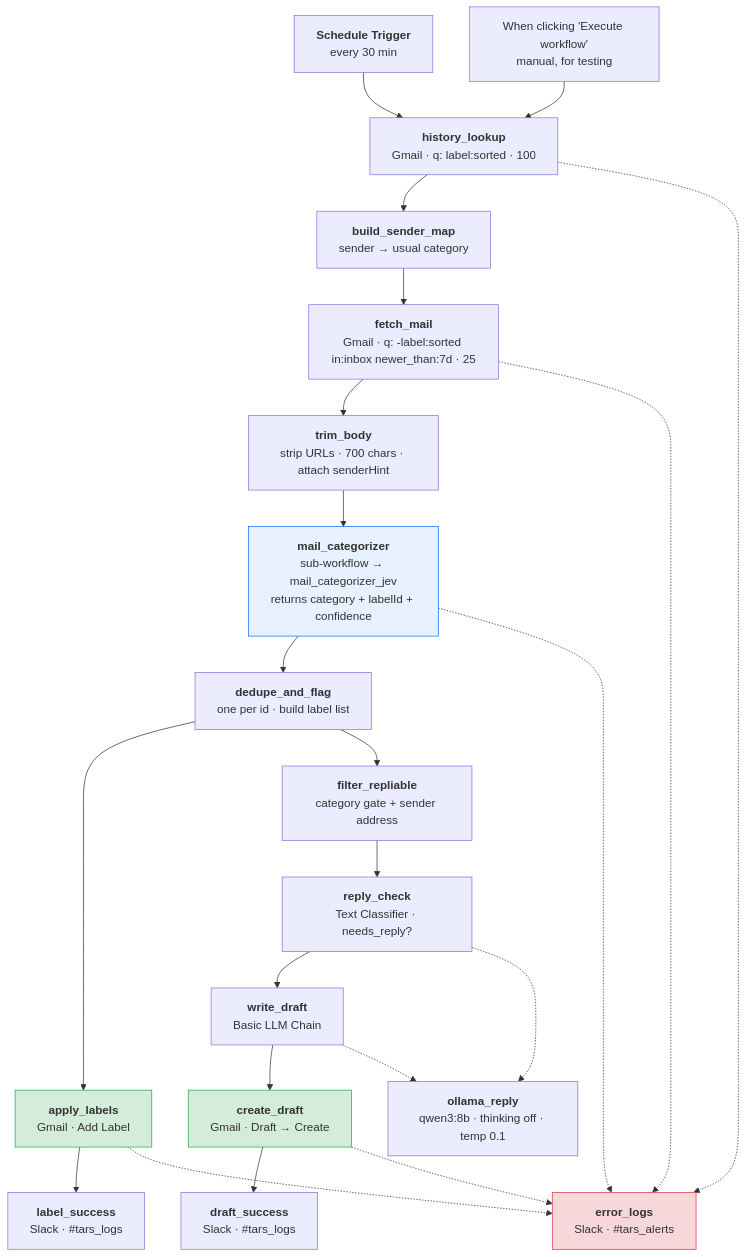
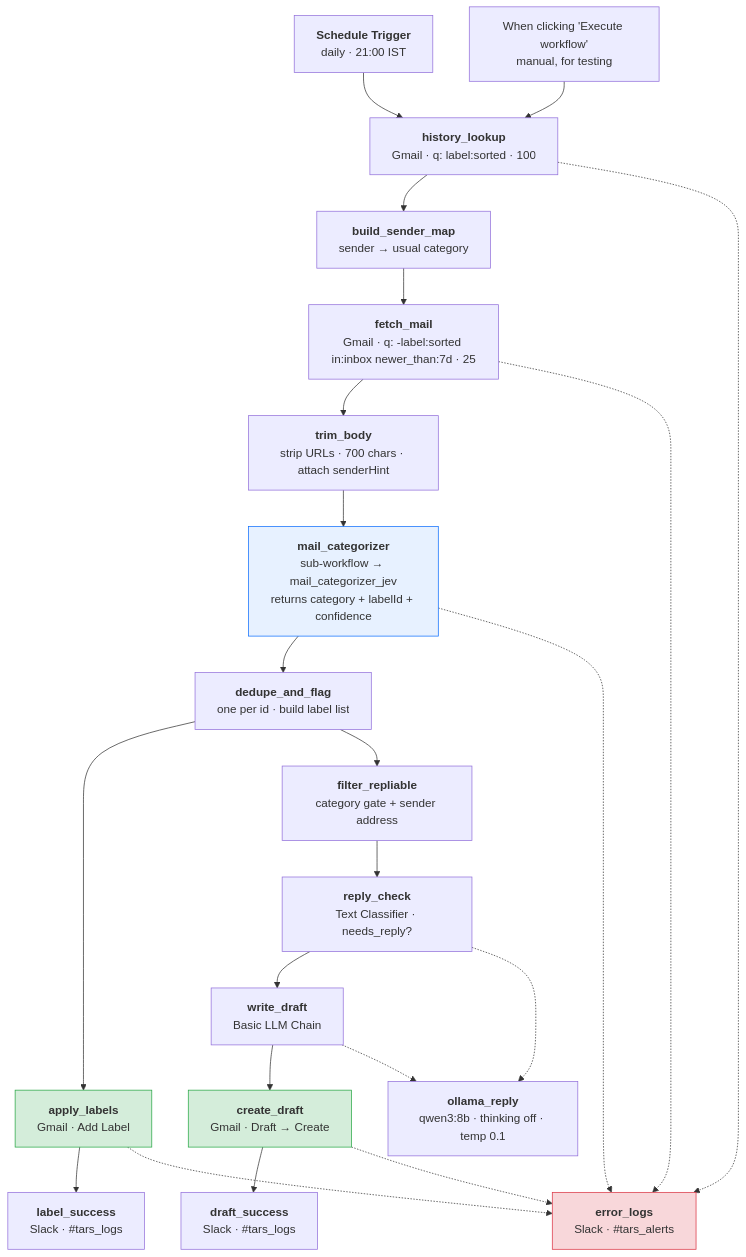
One commit to zeltraxion/automation-stack changed the diagram in docs/mail_label_draft.md. Above: the diagram before and after it, drawn with Mermaid. The commit also changed other lines of this file and 4 other files, not shown here.

Commit message:
docs: record the daily schedule and the general rewrite

````diff
--- a/docs/mail_label_draft.md
+++ b/docs/mail_label_draft.md
@@ -17,38 +17,38 @@
 ```mermaid
 flowchart TD
-    T1["<b>Schedule Trigger</b><br/>every 30 min"]
+    T1["<b>Schedule Trigger</b><br/>daily · 21:00 IST"]
     T2["When clicking 'Execute workflow'<br/>manual, for testing"]
     H["<b>history_lookup</b><br/>Gmail · q: label:sorted · 100"]
     M["<b>build_sender_map</b><br/>sender → usual category"]
     F["<b>fetch_mail</b><br/>Gmail · q: -label:sorted in:inbox newer_than:7d · 25"]
     B["<b>trim_body</b><br/>strip URLs · 700 chars · attach senderHint"]
     C["<b>mail_categorizer</b><br/>sub-workflow → mail_categorizer_jev<br/>returns category + labelId + confidence"]
     D["<b>dedupe_and_flag</b><br/>one per id · build label list"]
     A["<b>apply_labels</b><br/>Gmail · Add Label"]
     R["<b>filter_repliable</b><br/>category gate + sender address"]
     K["<b>reply_check</b><br/>Text Classifier · needs_reply?"]
     W["<b>write_draft</b><br/>Basic LLM Chain"]
     O["<b>ollama_reply</b><br/>qwen3:8b · thinking off · temp 0.1"]
     G["<b>create_draft</b><br/>Gmail · Draft → Create"]
     L1["<b>label_success</b><br/>Slack · #tars_logs"]
     L2["<b>draft_success</b><br/>Slack · #tars_logs"]
     L3["<b>error_logs</b><br/>Slack · #tars_alerts"]
     T1 --> H
     T2 --> H
     H --> M --> F --> B --> C --> D
     D --> A
     D --> R --> K --> W --> G
     K -.-> O
     W -.-> O
     A --> L1
     G --> L2
     H -.-> L3
     F -.-> L3
     C -.-> L3
     A -.-> L3
     G -.-> L3
     style L3 fill:#f8d7da,stroke:#dc3545
     style C fill:#e7f1ff,stroke:#0d6efd
     style A fill:#d4edda,stroke:#28a745
     style G fill:#d4edda,stroke:#28a745
 ```
````
